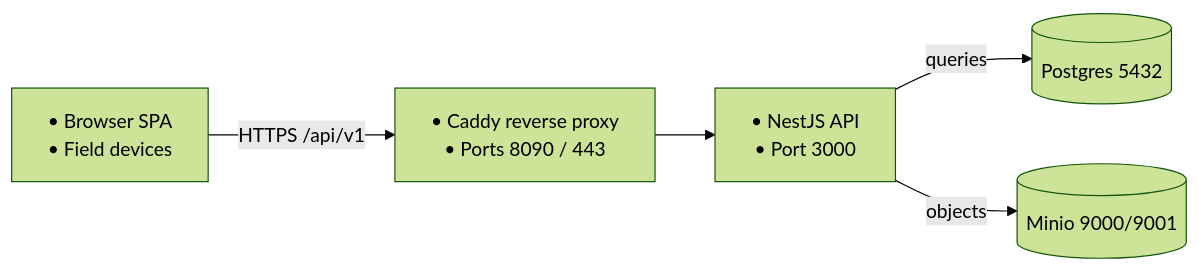
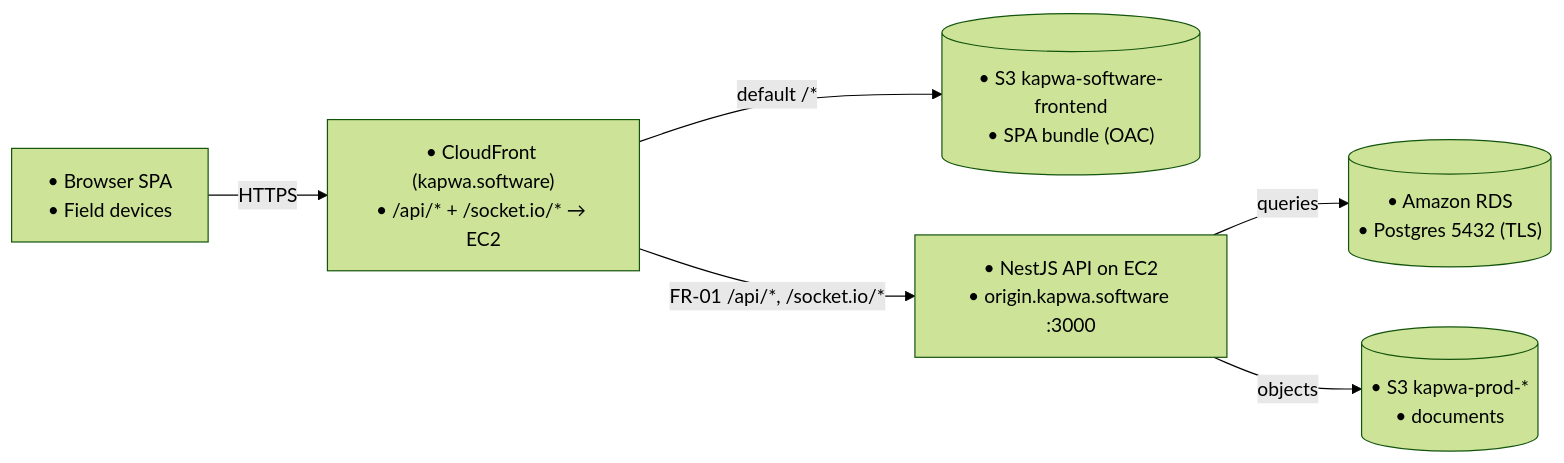
The second of 3 diagrams in docs/diagrams/08-system-architecture.md (urlsalimbot/THESIS1-KAPWA), drawn with Mermaid (forest theme) before and after one commit. The commit also changed other lines of this file and 1 other file, not shown here.

First line of the commit message:
docs(architecture): describe the AWS production topology

````diff
--- a/docs/diagrams/08-system-architecture.md
+++ b/docs/diagrams/08-system-architecture.md
@@ -76,13 +76,15 @@
 ```mermaid
 flowchart LR
     C["• Browser SPA<br/>• Field devices"]
-    CD["• Caddy reverse proxy<br/>• Ports 8090 / 443"]
-    API["• NestJS API<br/>• Port 3000"]
-    PG[("Postgres 5432")]
-    MO[("Minio 9000/9001")]
+    CF["• CloudFront (kapwa.software)<br/>• /api/* + /socket.io/* → EC2"]
+    SPA[("• S3 kapwa-software-frontend<br/>• SPA bundle (OAC)")]
+    API["• NestJS API on EC2<br/>• origin.kapwa.software :3000"]
+    PG[("• Amazon RDS<br/>• Postgres 5432 (TLS)")]
+    S3[("• S3 kapwa-prod-*<br/>• documents")]
 
-    C -->|"HTTPS /api/v1"| CD
-    CD --> API
+    C -->|"HTTPS"| CF
+    CF -->|"default /*"| SPA
+    CF -->|"FR-01 /api/*, /socket.io/*"| API
     API -->|"queries"| PG
-    API -->|"objects"| MO
+    API -->|"objects"| S3
 ```
````
